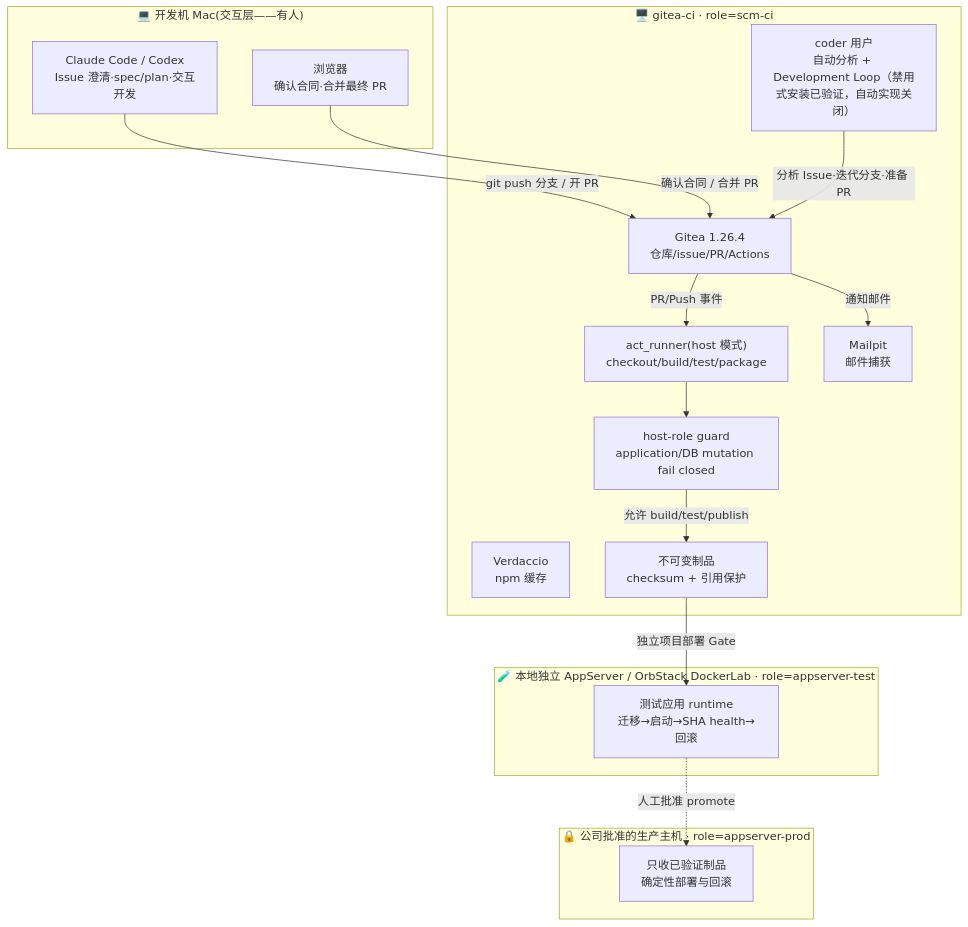
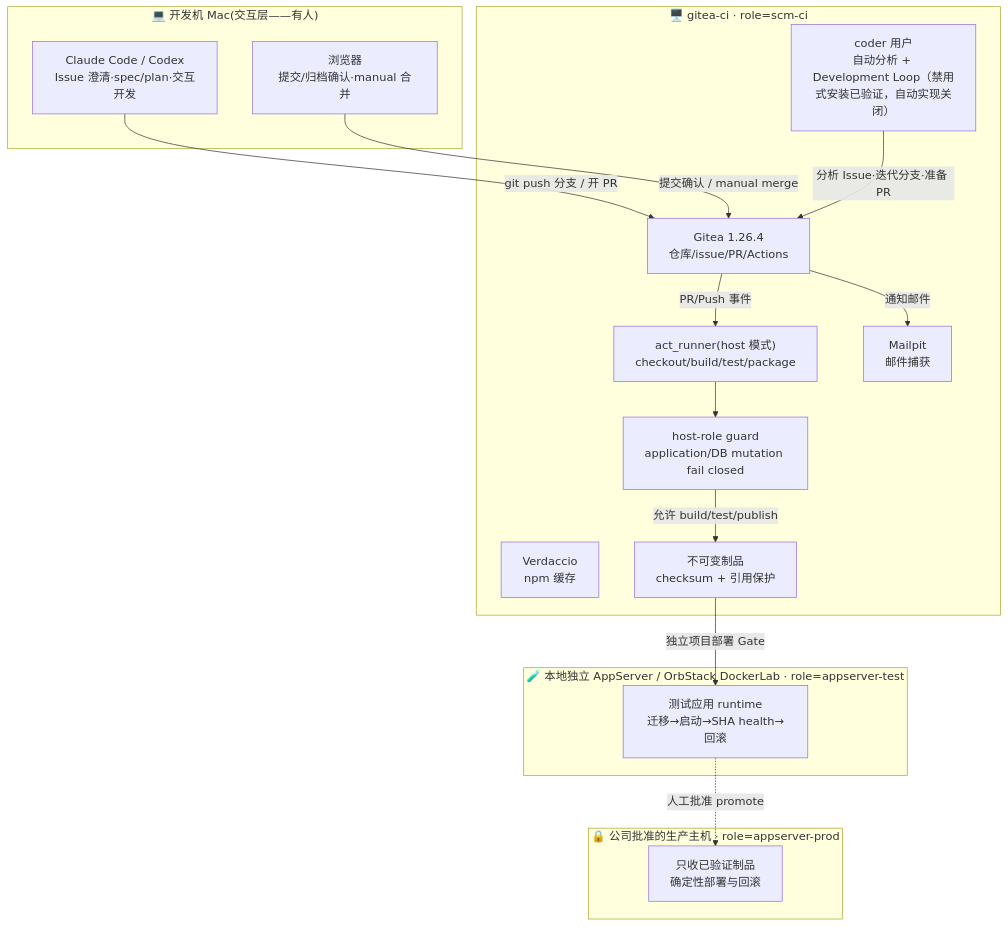
Before and after one commit to BenQue/AIGitea: the first of 2 diagrams in README.md, drawn with Mermaid. The commit also changed other lines of this file and 17 other files, not shown here.

````diff
--- a/README.md
+++ b/README.md
@@ -44,35 +44,35 @@
 ```mermaid
 flowchart TB
     subgraph MAC["💻 开发机 Mac(交互层——有人)"]
         DEV["Claude Code / Codex<br/>Issue 澄清·spec/plan·交互开发"]
-        BROWSER["浏览器<br/>确认合同·合并最终 PR"]
+        BROWSER["浏览器<br/>提交/归档确认·manual 合并"]
     end
 
     subgraph VM1["🖥️ gitea-ci · role=scm-ci"]
         GITEA["Gitea 1.26.4<br/>仓库/issue/PR/Actions"]
         RUNNER["act_runner(host 模式)<br/>checkout/build/test/package"]
         AGENT["coder 用户<br/>自动分析 + Development Loop（禁用式安装已验证，自动实现关闭）"]
         VERD["Verdaccio<br/>npm 缓存"]
         MAIL["Mailpit<br/>邮件捕获"]
         ART["不可变制品<br/>checksum + 引用保护"]
         GUARD["host-role guard<br/>application/DB mutation fail closed"]
     end
 
     subgraph TESTHOST["🧪 本地独立 AppServer / OrbStack DockerLab · role=appserver-test"]
         TEST["测试应用 runtime<br/>迁移→启动→SHA health→回滚"]
     end
 
     subgraph PRODHOST["🔒 公司批准的生产主机 · role=appserver-prod"]
         PROD["只收已验证制品<br/>确定性部署与回滚"]
     end
 
     DEV -->|"git push 分支 / 开 PR"| GITEA
-    BROWSER -->|"确认合同 / 合并 PR"| GITEA
+    BROWSER -->|"提交确认 / manual merge"| GITEA
     AGENT -->|"分析 Issue·迭代分支·准备 PR"| GITEA
     GITEA -->|"PR/Push 事件"| RUNNER
     RUNNER --> GUARD
     GUARD -->|"允许 build/test/publish"| ART
     ART -->|"独立项目部署 Gate"| TEST
     TEST -.->|"人工批准 promote"| PROD
     GITEA -->|"通知邮件"| MAIL
 ```
````
